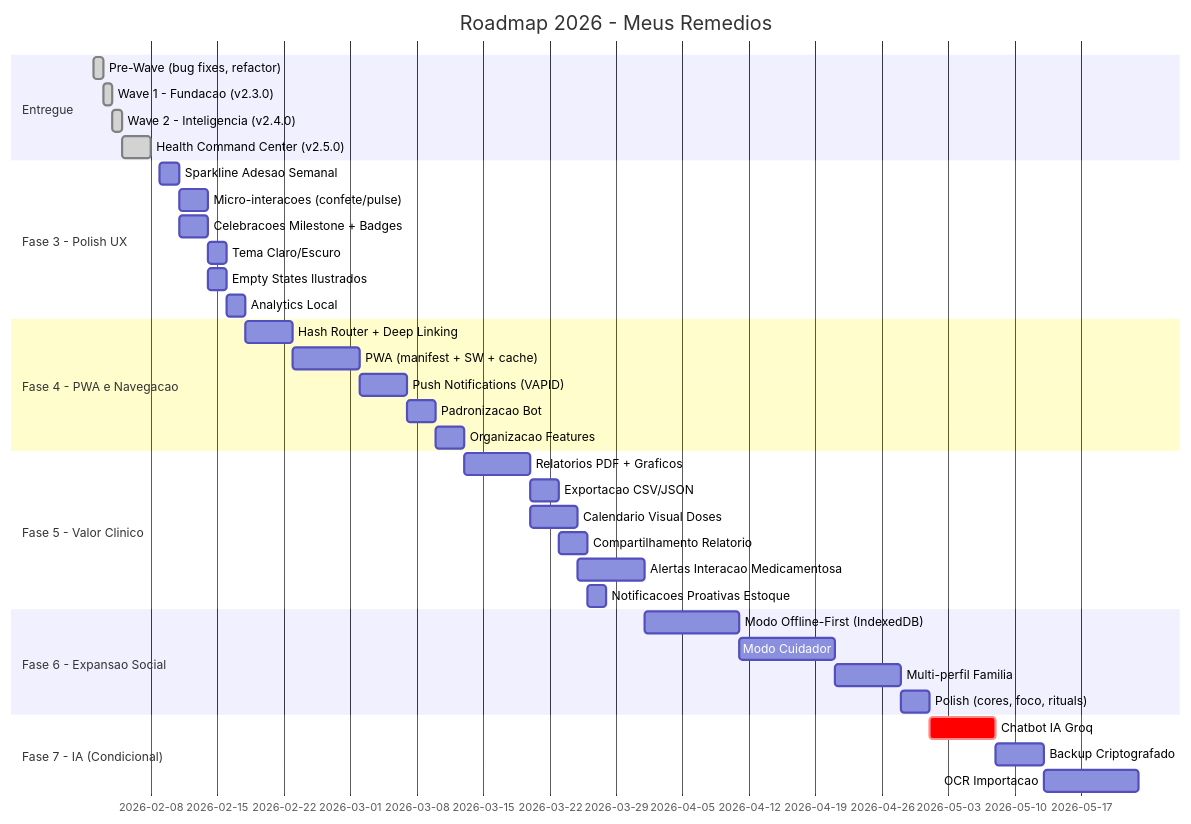
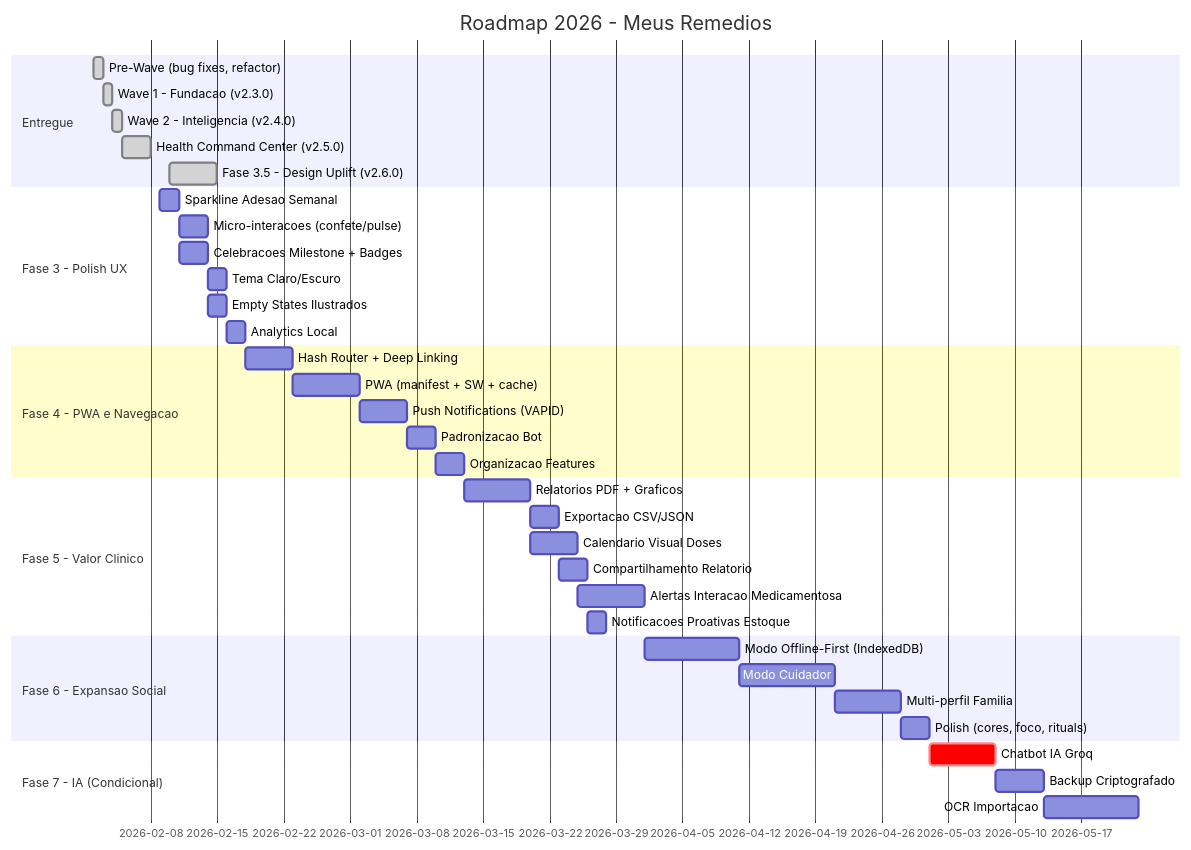
Before and after one commit to coelhotv/meus-remedios: the diagram in plans/roadmap_2026_meus_remedios.md, drawn with Mermaid. The commit also changed other lines of this file and 3 other files, not shown here.

````diff
--- a/plans/roadmap_2026_meus_remedios.md
+++ b/plans/roadmap_2026_meus_remedios.md
@@ -336,45 +337,46 @@
 ```mermaid
 gantt
     title Roadmap 2026 - Meus Remedios
     dateFormat YYYY-MM-DD
     
     section Entregue
     Pre-Wave (bug fixes, refactor)       :done, pw, 2026-02-02, 1d
     Wave 1 - Fundacao (v2.3.0)           :done, w1, 2026-02-03, 1d
     Wave 2 - Inteligencia (v2.4.0)       :done, w2, 2026-02-04, 1d
     Health Command Center (v2.5.0)        :done, hcc, 2026-02-05, 3d
+    Fase 3.5 - Design Uplift (v2.6.0)    :done, f35, 2026-02-10, 5d
     
     section Fase 3 - Polish UX
     Sparkline Adesao Semanal             :f3_1, 2026-02-09, 2d
     Micro-interacoes (confete/pulse)     :f3_2, after f3_1, 3d
     Celebracoes Milestone + Badges       :f3_3, after f3_1, 3d
     Tema Claro/Escuro                    :f3_4, after f3_2, 2d
     Empty States Ilustrados              :f3_5, after f3_3, 2d
     Analytics Local                      :f3_6, after f3_4, 2d
     
     section Fase 4 - PWA e Navegacao
     Hash Router + Deep Linking           :f4_1, after f3_6, 5d
     PWA (manifest + SW + cache)          :f4_2, after f4_1, 7d
     Push Notifications (VAPID)           :f4_3, after f4_2, 5d
     Padronizacao Bot                     :f4_5, after f4_3, 3d
     Organizacao Features                 :f4_6, after f4_5, 3d
     
     section Fase 5 - Valor Clinico
     Relatorios PDF + Graficos            :f5_1, after f4_6, 7d
     Exportacao CSV/JSON                  :f5_2, after f5_1, 3d
     Calendario Visual Doses              :f5_3, after f5_1, 5d
     Compartilhamento Relatorio           :f5_4, after f5_2, 3d
     Alertas Interacao Medicamentosa      :f5_5, after f5_3, 7d
     Notificacoes Proativas Estoque       :f5_6, after f5_4, 2d
     
     section Fase 6 - Expansao Social
     Modo Offline-First (IndexedDB)       :f6_1, after f5_5, 10d
     Modo Cuidador                        :f6_2, after f6_1, 10d
     Multi-perfil Familia                 :f6_3, after f6_2, 7d
     Polish (cores, foco, rituals)        :f6_4, after f6_3, 3d
     
     section Fase 7 - IA (Condicional)
     Chatbot IA Groq                      :crit, f7_1, after f6_4, 7d
     Backup Criptografado                 :f7_2, after f7_1, 5d
     OCR Importacao                       :f7_3, after f7_2, 10d
 ```
````
